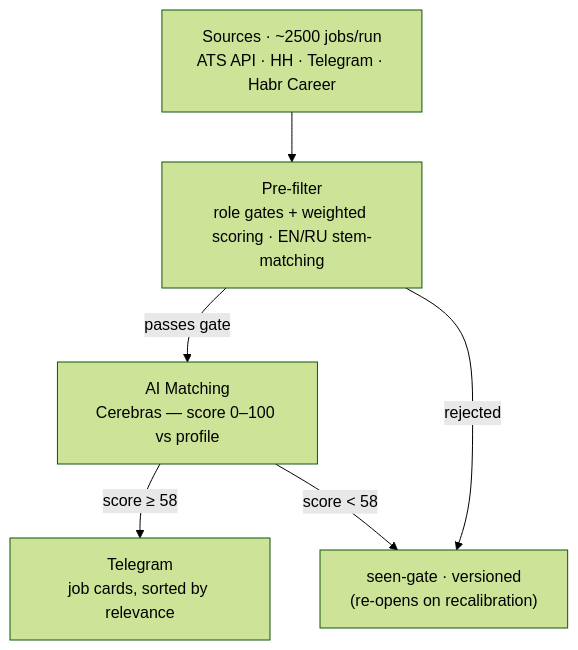
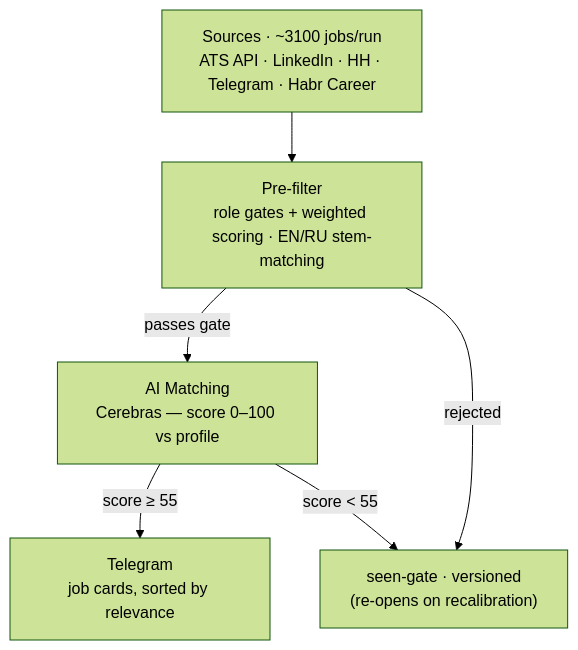
One commit to Aleksandr-Sit/job-hunter changed the diagram in README.md. Above: the diagram before and after it, drawn with Mermaid (forest theme). The commit also changed other lines of this file, not shown here.

````diff
--- a/README.md
+++ b/README.md
@@ -23,8 +23,8 @@
 ```mermaid
 flowchart TD
-    A["Sources · ~2500 jobs/run<br/>ATS API · HH · Telegram · Habr Career"] --> B["Pre-filter<br/>role gates + weighted scoring · EN/RU stem-matching"]
+    A["Sources · ~3100 jobs/run<br/>ATS API · LinkedIn · HH · Telegram · Habr Career"] --> B["Pre-filter<br/>role gates + weighted scoring · EN/RU stem-matching"]
     B -->|passes gate| C["AI Matching<br/>Cerebras — score 0–100 vs profile"]
     B -->|rejected| X["seen-gate · versioned<br/>(re-opens on recalibration)"]
-    C -->|score &ge; 58| D["Telegram<br/>job cards, sorted by relevance"]
-    C -->|score &lt; 58| X
+    C -->|score &ge; 55| D["Telegram<br/>job cards, sorted by relevance"]
+    C -->|score &lt; 55| X
 ```
````
